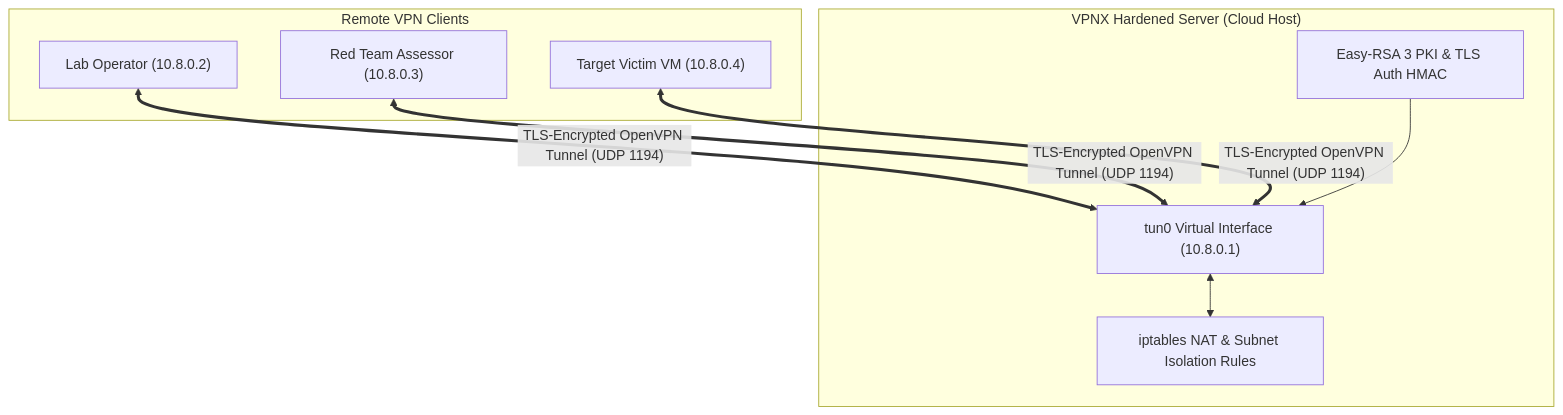
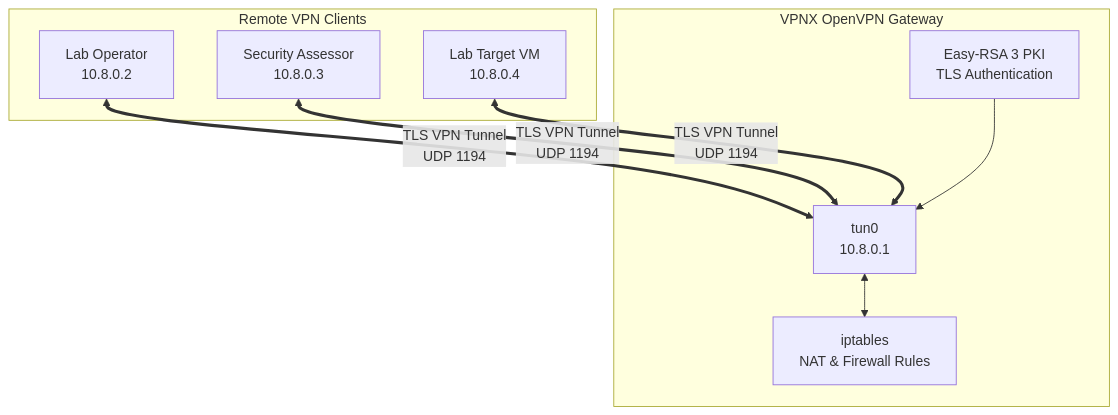
The diagram in README.md (Mr-N1ck/vpnx), drawn with Mermaid before and after one commit. The commit also changed other lines of this file, not shown here.

````diff
--- a/README.md
+++ b/README.md
@@ -26,21 +53,22 @@
 ```mermaid
 flowchart TD
+
     subgraph Clients["Remote VPN Clients"]
-        C1["Lab Operator (10.8.0.2)"]
-        C2["Red Team Assessor (10.8.0.3)"]
-        C3["Target Victim VM (10.8.0.4)"]
+        C1["Lab Operator<br/>10.8.0.2"]
+        C2["Security Assessor<br/>10.8.0.3"]
+        C3["Lab Target VM<br/>10.8.0.4"]
     end
 
-    subgraph Gateway["VPNX Hardened Server (Cloud Host)"]
-        TUN["tun0 Virtual Interface (10.8.0.1)"]
-        PKI["Easy-RSA 3 PKI & TLS Auth HMAC"]
-        IPTABLES["iptables NAT & Subnet Isolation Rules"]
+    subgraph Gateway["VPNX OpenVPN Gateway"]
+        TUN["tun0<br/>10.8.0.1"]
+        PKI["Easy-RSA 3 PKI<br/>TLS Authentication"]
+        FW["iptables<br/>NAT & Firewall Rules"]
     end
 
-    C1 <== TLS-Encrypted OpenVPN Tunnel (UDP 1194) ==> TUN
-    C2 <== TLS-Encrypted OpenVPN Tunnel (UDP 1194) ==> TUN
-    C3 <== TLS-Encrypted OpenVPN Tunnel (UDP 1194) ==> TUN
+    C1 <== "TLS VPN Tunnel<br/>UDP 1194" ==> TUN
+    C2 <== "TLS VPN Tunnel<br/>UDP 1194" ==> TUN
+    C3 <== "TLS VPN Tunnel<br/>UDP 1194" ==> TUN
 
-    TUN <--> IPTABLES
+    TUN <--> FW
     PKI --> TUN
 ```
````
